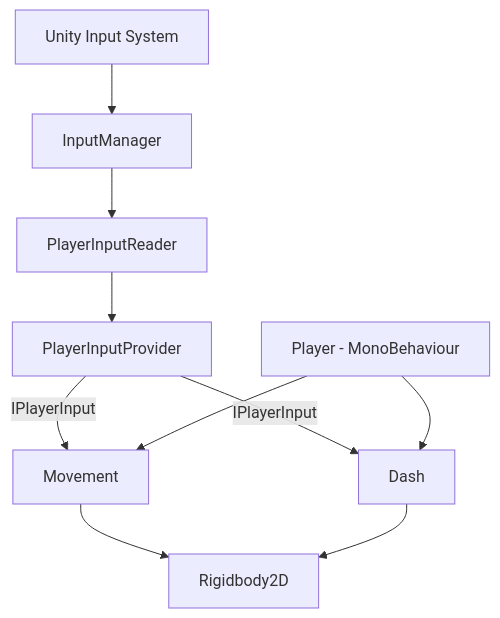
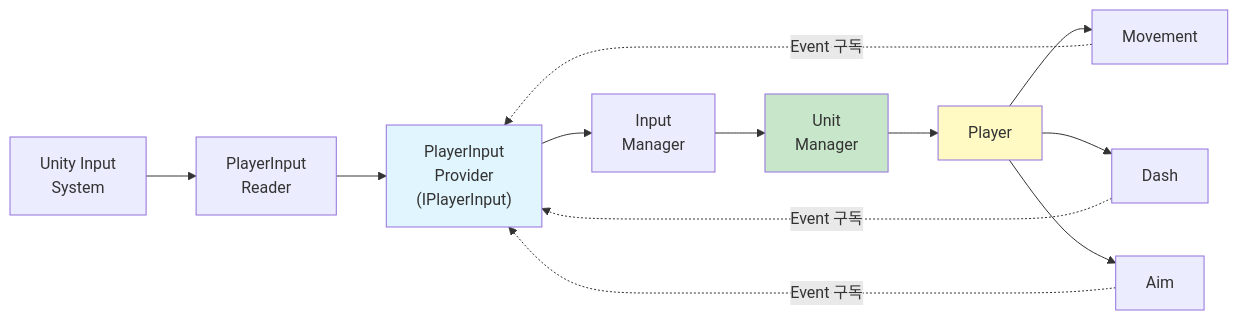
One commit to Merkatte/2D_Topdown_Shoot_UnityProject changed the diagram in README.md. Above: the diagram before and after it, drawn with Mermaid. The commit also changed other lines of this file and 4 other files, not shown here.

````diff
--- a/README.md
+++ b/README.md
@@ -27,18 +38,20 @@
 ```mermaid
-flowchart TD
-    InputSystem["Unity Input System"]
-
-    InputSystem --> InputManager
-    InputManager --> PlayerInputReader
-    PlayerInputReader --> PlayerInputProvider
-
-    PlayerInputProvider -->|"IPlayerInput"| Movement
-    PlayerInputProvider -->|"IPlayerInput"| Dash
-
-    Movement --> Rigidbody2D
-    Dash --> Rigidbody2D
-
-    Player["Player - MonoBehaviour"]
+flowchart LR
+    Input["Unity Input<br/>System"] --> Reader["PlayerInput<br/>Reader"]
+    Reader --> Provider["PlayerInput<br/>Provider<br/>(IPlayerInput)"]
+    Provider --> InputMgr["Input<br/>Manager"]
+    InputMgr --> UnitMgr["Unit<br/>Manager"]
+    UnitMgr --> Player["Player"]
+    
     Player --> Movement
     Player --> Dash
+    Player --> Aim
+    
+    Movement -.->|Event 구독| Provider
+    Dash -.->|Event 구독| Provider
+    Aim -.->|Event 구독| Provider
+    
+    style Provider fill:#e1f5fe
+    style UnitMgr fill:#c8e6c9
+    style Player fill:#fff9c4
 ```
````
